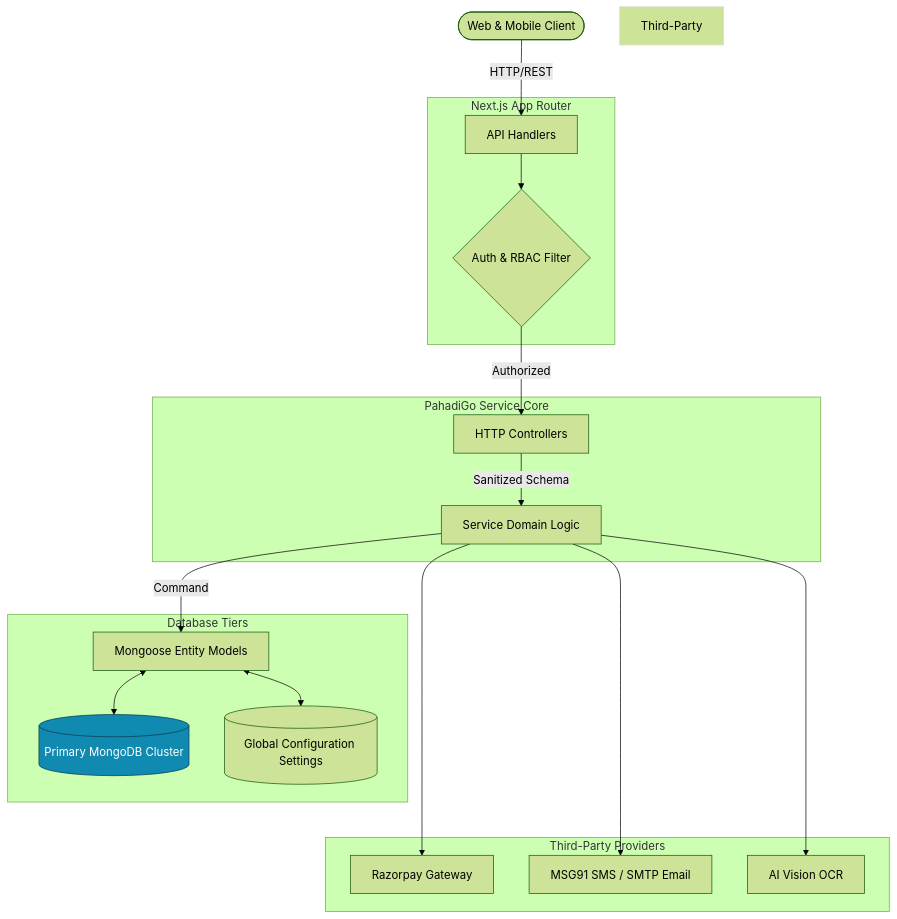
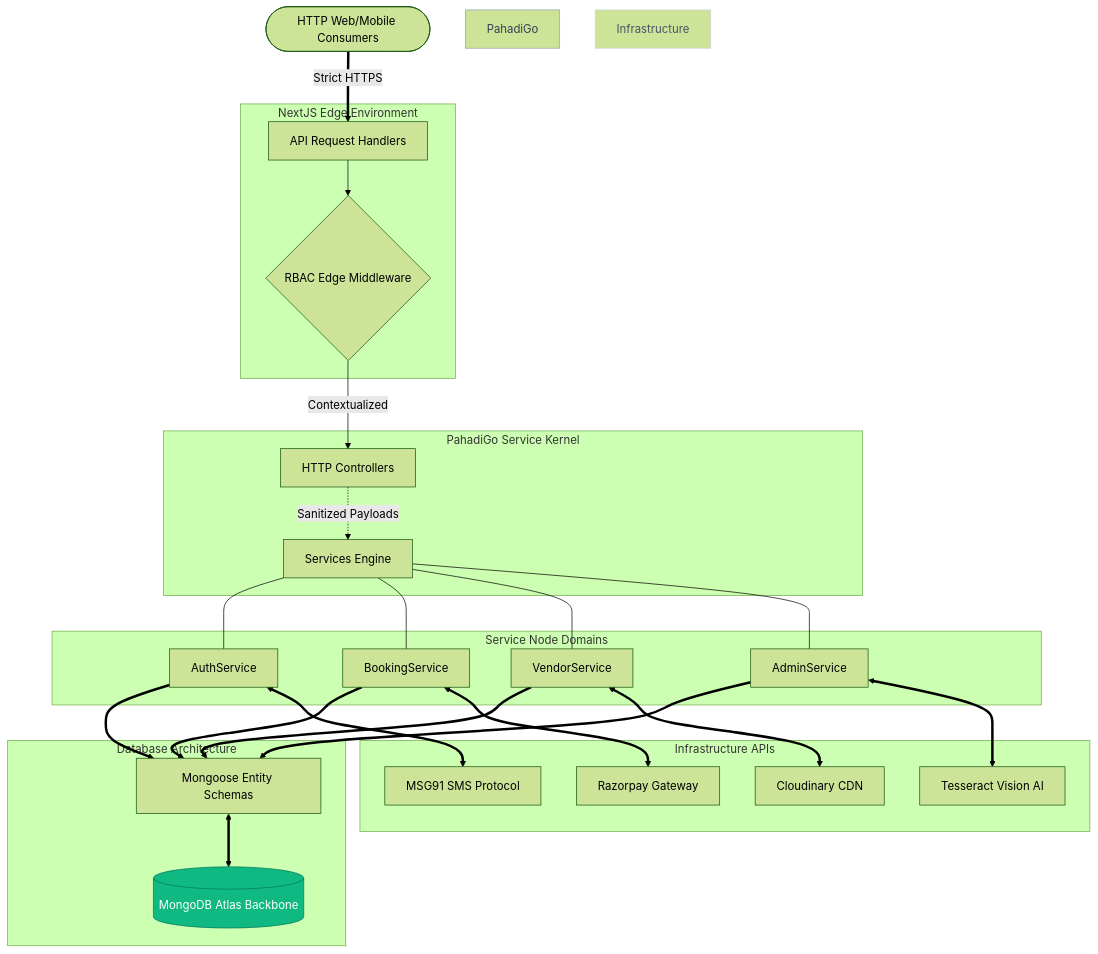
One commit to ermradulsharma/pahadigo changed the diagram in ARCHITECTURE.md. Above: the diagram before and after it, drawn with Mermaid (forest theme). The commit also changed other lines of this file and 19 other files, not shown here.

Commit message:
feat: Implement core application services and controllers for authentication, user management, and booking, alongside comprehensive documentation updates.

````diff
--- a/ARCHITECTURE.md
+++ b/ARCHITECTURE.md
@@ -42,51 +41,61 @@
 ```mermaid
 graph TD
-    %% Base Network
-    Client([Web & Mobile Client])
+    %% Boundaries
+    Client([HTTP Web/Mobile Consumers])
     
     %% Next.js Subsystem
-    subgraph Next.js App Router
-      APIRouter[API Handlers]
-      Middleware{Auth & RBAC Filter}
+    subgraph NextJS Edge Environment
+      APIRoutes[API Request Handlers]
+      Middleware{RBAC Edge Middleware}
     end
 
-    %% PahadiGo Core Engine
-    subgraph PahadiGo Service Core
-      Controller[HTTP Controllers]
-      ServiceTier[Service Domain Logic]
+    %% PahadiGo SOA Kernel
+    subgraph PahadiGo Service Kernel
+      Controllers[HTTP Controllers]
+      Services[Services Engine]
     end
 
-    %% Persistence
-    subgraph Database Tiers
-      Model[Mongoose Entity Models]
-      DB[(Primary MongoDB Cluster)]
-      Cache[(Global Configuration Settings)]
+    %% Internal Services Hierarchy
+    subgraph Service Node Domains
+      Auth[AuthService]
+      Book[BookingService]
+      Vendor[VendorService]
+      Admin[AdminService]
     end
 
-    %% External Comm API
-    subgraph Third-Party Providers
-      Gateway[Razorpay Gateway]
-      Comms[MSG91 SMS / SMTP Email]
-      ML[AI Vision OCR]
+    %% Persistence Cluster
+    subgraph Database Architecture
+      Schemas[Mongoose Entity Schemas]
+      DB[(MongoDB Atlas Backbone)]
     end
 
-    %% Connection Traces
-    Client -->|HTTP/REST| APIRouter
-    APIRouter --> Middleware
-    Middleware -->|Authorized| Controller
-    Controller -->|Sanitized Schema| ServiceTier
+    %% Third-party External Services
+    subgraph Infrastructure APIs
+      Cloud[Cloudinary CDN]
+      Raz[Razorpay Gateway]
+      Msg[MSG91 SMS Protocol]
+      Ocr[Tesseract Vision AI]
+    end
+
+    %% Interconnection Execution Graph
+    Client ==> |Strict HTTPS| APIRoutes
+    APIRoutes --> Middleware
+    Middleware --> |Contextualized| Controllers
     
-    %% Persistence Data Trace
-    ServiceTier -->|Command| Model
-    Model <--> DB
-    Model <--> Cache
+    Controllers -.-> |Sanitized Payloads| Services
+    Services --- Auth & Book & Vendor & Admin
     
-    %% Network Providers
-    ServiceTier ----> Gateway
-    ServiceTier ----> Comms
-    ServiceTier ----> ML
+    Auth & Book & Vendor & Admin ==> Schemas
+    Schemas <==> DB
+    
+    %% Gateway Extensions
+    Book <==> Raz
+    Auth <==> Msg
+    Vendor <==> Cloud
+    Admin <==> Ocr
 
-    %% Styling
-    style DB fill:#118ab2,stroke:#073b4c,color:#fff
-    style Third-Party Providers fill:#f9f9f9,stroke:#ddd
+    %% Visual Parameters
+    style DB fill:#10b981,stroke:#047857,color:#fff
+    style PahadiGo Service Kernel fill:#f8fafc,stroke:#94a3b8,color:#334155
+    style Infrastructure APIs fill:#e2e8f0,stroke:#cbd5e1,color:#475569
 ```
````
